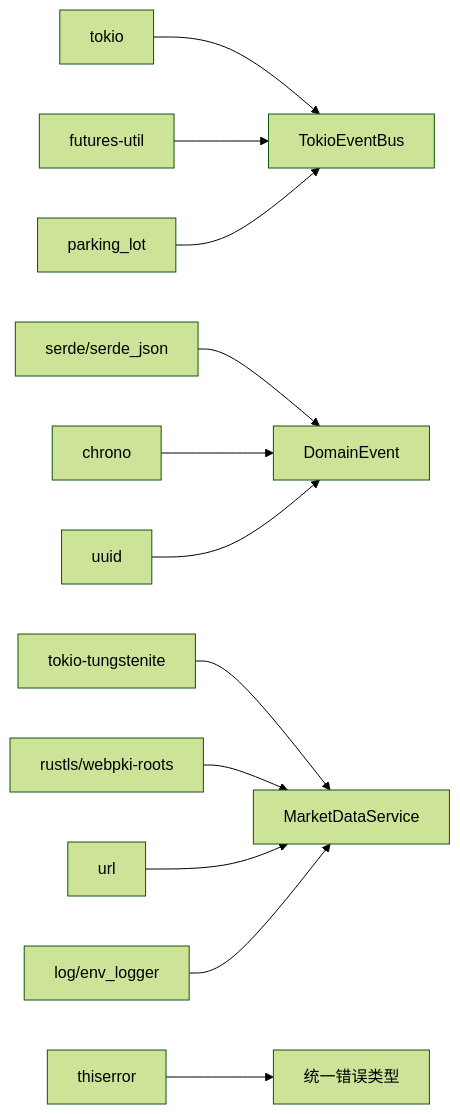
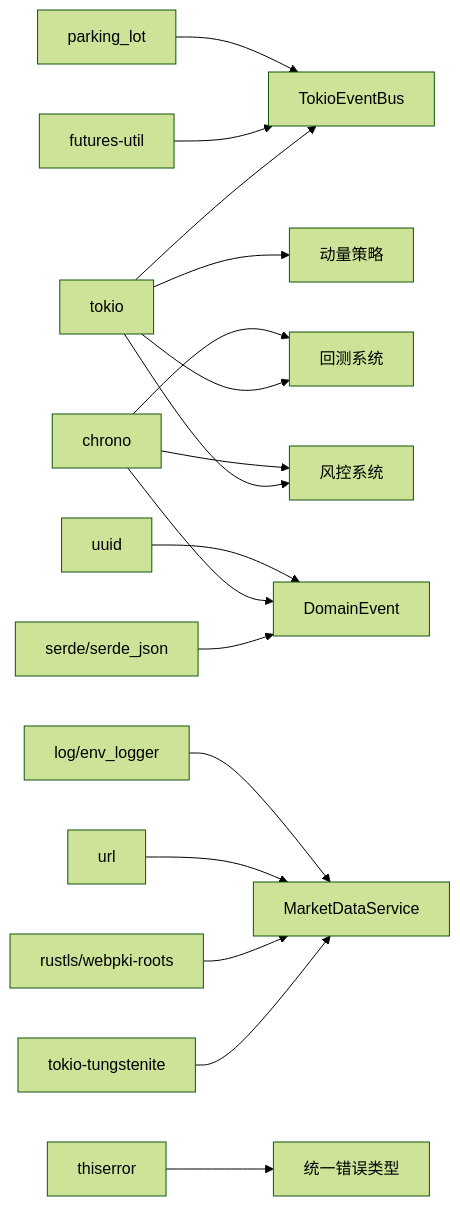
Before and after one commit to Heres1/binanceWebsocket: diagram 12 of 12 in .qoder/repowiki/zh/content/架构设计/事件驱动架构.md, drawn with Mermaid (forest theme). The commit also changed other lines of this file and 14 other files, not shown here.

````diff
--- a/.qoder/repowiki/zh/content/架构设计/事件驱动架构.md
+++ b/.qoder/repowiki/zh/content/架构设计/事件驱动架构.md
@@ -372,14 +550,19 @@
 ```mermaid
 graph LR
 Tokio["tokio"] --> Bus["TokioEventBus"]
+Tokio --> Backtest["回测系统"]
+Tokio --> Risk["风控系统"]
+Tokio --> Momentum["动量策略"]
 Futures["futures-util"] --> Bus
 Parking["parking_lot"] --> Bus
 Serde["serde/serde_json"] --> Events["DomainEvent"]
 Chrono["chrono"] --> Events
+Chrono --> Risk
+Chrono --> Backtest
 UUID["uuid"] --> Events
 Tungstenite["tokio-tungstenite"] --> MDS["MarketDataService"]
 Rustls["rustls/webpki-roots"] --> MDS
 Url["url"] --> MDS
 Log["log/env_logger"] --> MDS
 ThisError["thiserror"] --> Error["统一错误类型"]
 ```
````
